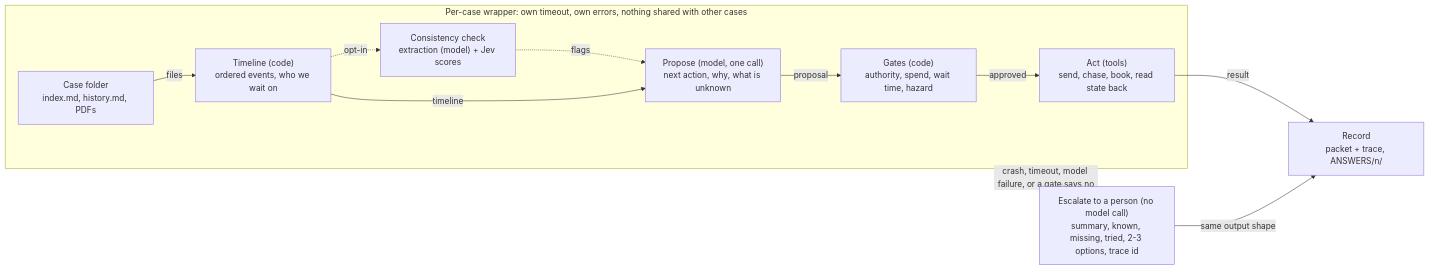
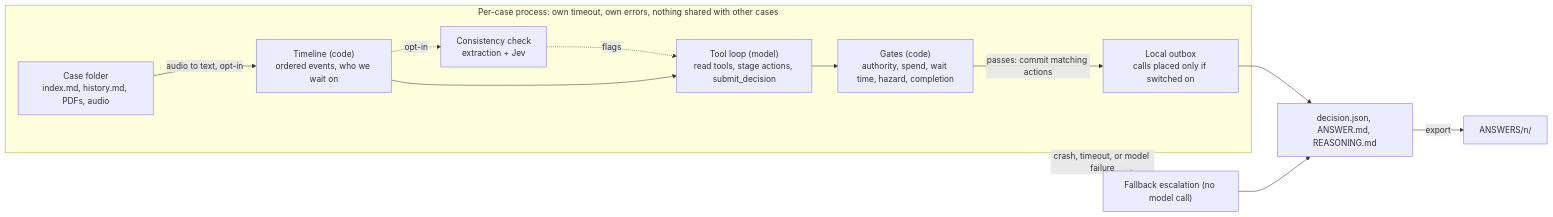
Before and after one commit to kulakovvad/lettable: the diagram in docs/design.md, drawn with Mermaid. The commit also changed other lines of this file and 14 other files, not shown here.

````diff
--- a/docs/design.md
+++ b/docs/design.md
@@ -11,14 +11,15 @@
 ```mermaid
 flowchart LR
-  subgraph W["Per-case wrapper: own timeout, own errors, nothing shared with other cases"]
-    A["Case folder<br/>index.md, history.md, PDFs"] -->|files| B["Timeline (code)<br/>ordered events, who we wait on"]
-    B -.->|"opt-in"| K["Consistency check<br/>extraction (model) + Jev scores"]
-    K -.->|"flags"| C
-    B -->|timeline| C["Propose (model, one call)<br/>next action, why, what is unknown"]
-    C -->|proposal| D["Gates (code)<br/>authority, spend, wait time, hazard"]
-    D -->|approved| E["Act (tools)<br/>send, chase, book, read state back"]
+  subgraph W["Per-case process: own timeout, own errors, nothing shared with other cases"]
+    A["Case folder<br/>index.md, history.md, PDFs, audio"] -->|"audio to text, opt-in"| B["Timeline (code)<br/>ordered events, who we wait on"]
+    B -.->|"opt-in"| K["Consistency check<br/>extraction + Jev"]
+    K -.->|flags| C
+    B --> C["Tool loop (model)<br/>read tools, stage actions, submit_decision"]
+    C --> D["Gates (code)<br/>authority, spend, wait time, hazard, completion"]
+    D -->|"passes: commit matching actions"| E["Local outbox<br/>calls placed only if switched on"]
   end
-  E -->|result| F["Record<br/>packet + trace, ANSWERS/n/"]
-  W -. "crash, timeout, model failure, or a gate says no" .-> G["Escalate to a person (no model call)<br/>summary, known, missing, tried, 2-3 options, trace id"]
-  G -->|same output shape| F
+  E --> F["decision.json, ANSWER.md, REASONING.md"]
+  W -. "crash, timeout, or model failure" .-> G["Fallback escalation (no model call)"]
+  G --> F
+  F -->|"export"| I["ANSWERS/n/"]
 ```
````
